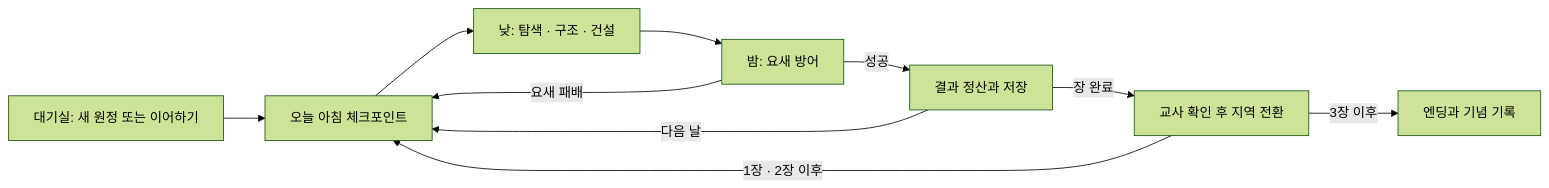
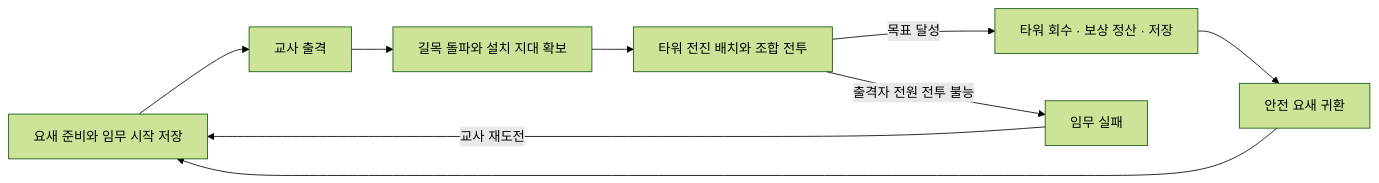
Before and after one commit to dydhd1203-max/game: the diagram in 시즌2/개발계획.md, drawn with Mermaid (forest theme). The commit also changed other lines of this file and 5 other files, not shown here.

````diff
--- a/시즌2/개발계획.md
+++ b/시즌2/개발계획.md
@@ -46,12 +43,11 @@
 ```mermaid
 flowchart LR
-  A[대기실: 새 원정 또는 이어하기] --> B[오늘 아침 체크포인트]
-  B --> C[낮: 탐색 · 구조 · 건설]
-  C --> D[밤: 요새 방어]
-  D -->|성공| E[결과 정산과 저장]
-  D -->|요새 패배| B
-  E -->|다음 날| B
-  E -->|장 완료| F[교사 확인 후 지역 전환]
-  F -->|1장 · 2장 이후| B
-  F -->|3장 이후| G[엔딩과 기념 기록]
+  A[요새 준비와 임무 시작 저장] --> B[교사 출격]
+  B --> C[길목 돌파와 설치 지대 확보]
+  C --> D[타워 전진 배치와 조합 전투]
+  D -->|목표 달성| E[타워 회수 · 보상 정산 · 저장]
+  D -->|출격자 전원 전투 불능| F[임무 실패]
+  F -->|교사 재도전| A
+  E --> G[안전 요새 귀환]
+  G --> A
 ```
````
